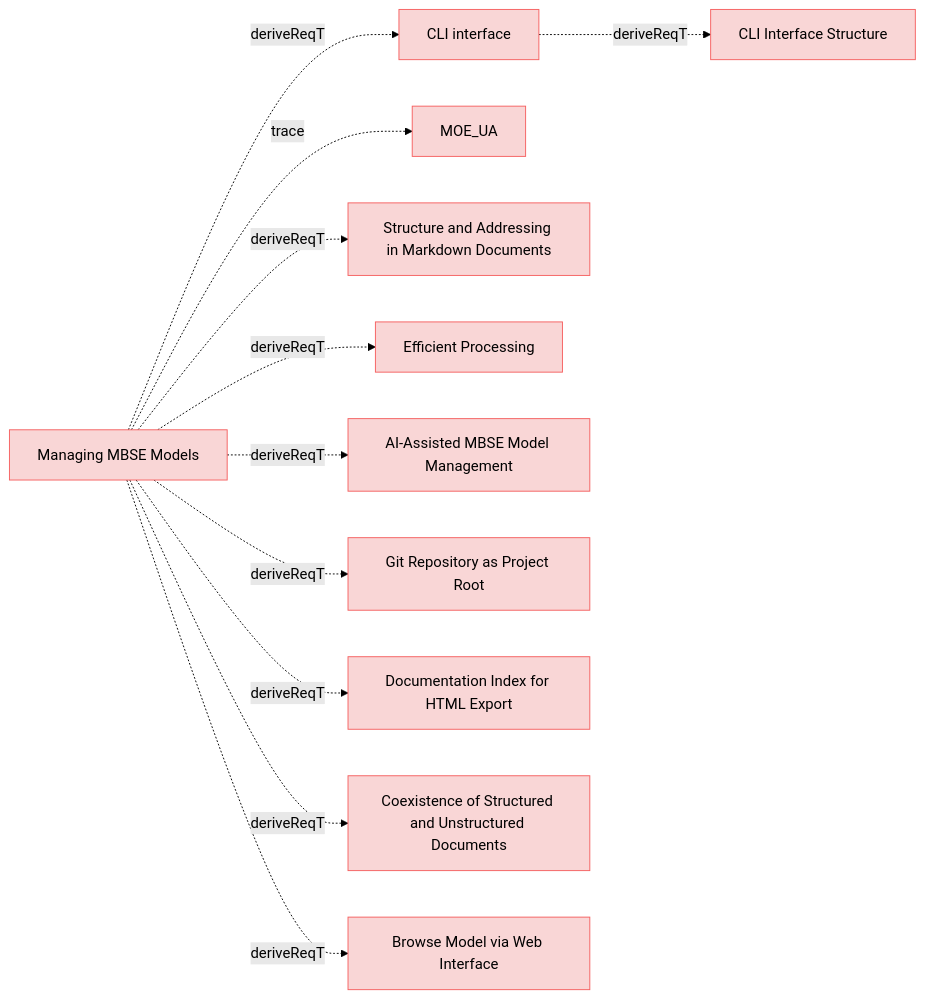
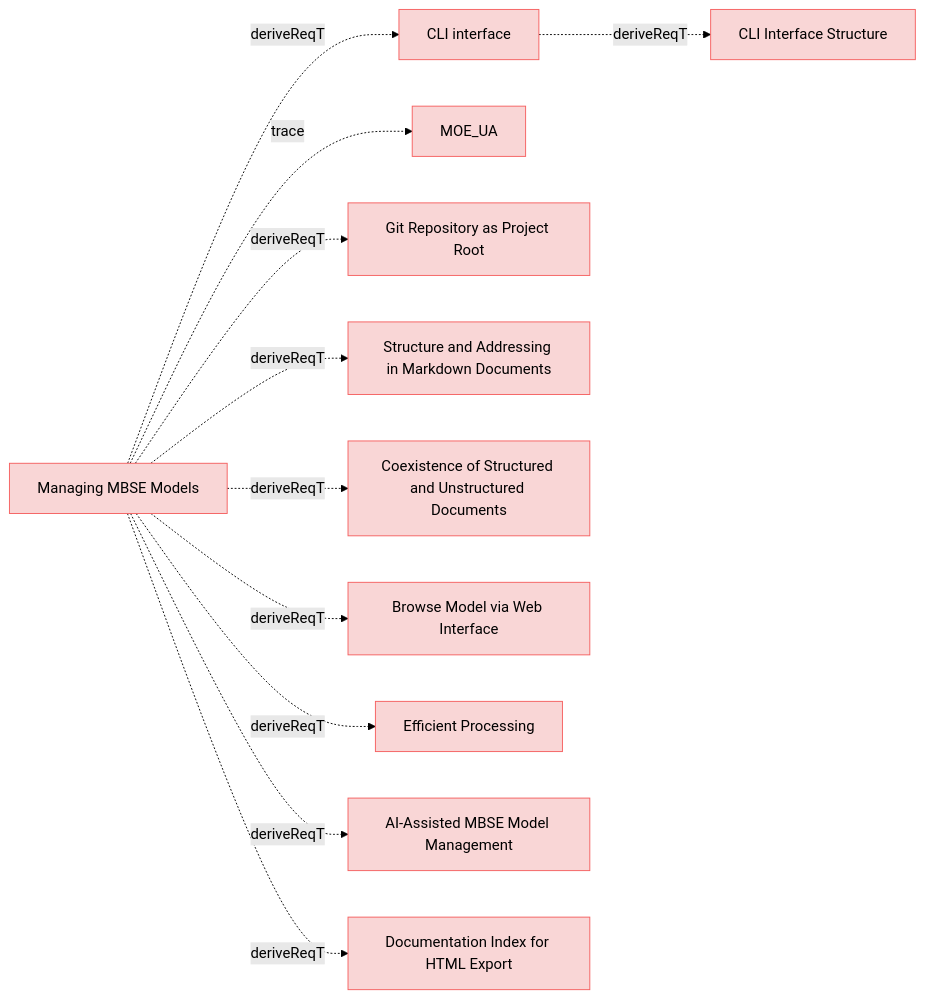
The ninth of 9 diagrams in specifications/UserRequirements.md (reqvire-org/reqvire), drawn with Mermaid (forest theme) before and after one commit. The commit also changed other lines of this file and 23 other files, not shown here.

````diff
--- a/specifications/UserRequirements.md
+++ b/specifications/UserRequirements.md
@@ -1102,53 +1083,53 @@
 ```mermaid
 graph LR;
   %% REQVIRE-AUTOGENERATED-DIAGRAM
   %% Graph styling
   classDef requirement fill:#f9d6d6,stroke:#f55f5f,stroke-width:1px;
   classDef verification fill:#d6f9d6,stroke:#5fd75f,stroke-width:1px;
   classDef externalLink fill:#d0e0ff,stroke:#3080ff,stroke-width:1px;
   classDef default fill:#f5f5f5,stroke:#333333,stroke-width:1px;
 
   f28849d46c19af44["CLI interface"];
   class f28849d46c19af44 requirement;
   click f28849d46c19af44 "UserRequirements.md#cli-interface";
   8f22faacdb454b23["CLI Interface Structure"];
   class 8f22faacdb454b23 requirement;
   click 8f22faacdb454b23 "SystemRequirements/Requirements.md#cli-interface-structure";
   f28849d46c19af44 -.->|deriveReqT| 8f22faacdb454b23;
   e61b7c1baa89bfc6["Managing MBSE Models"];
   class e61b7c1baa89bfc6 requirement;
   click e61b7c1baa89bfc6 "UserStories.md#managing-mbse-models";
   2c5f30f14e792200["MOE_UA"];
   class 2c5f30f14e792200 requirement;
   click 2c5f30f14e792200 "MOEs.md#moe_ua";
   e61b7c1baa89bfc6 -.->|trace| 2c5f30f14e792200;
+  649d72765b13e14f["Git Repository as Project Root"];
+  class 649d72765b13e14f requirement;
+  click 649d72765b13e14f "ManagingMbseModelsRequirements.md#git-repository-as-project-root";
+  e61b7c1baa89bfc6 -.->|deriveReqT| 649d72765b13e14f;
   ade67c27bc5d3bbd["Structure and Addressing in Markdown Documents"];
   class ade67c27bc5d3bbd requirement;
   click ade67c27bc5d3bbd "SpecificationsRequirements.md#structure-and-addressing-in-markdown-documents";
   e61b7c1baa89bfc6 -.->|deriveReqT| ade67c27bc5d3bbd;
+  f0d721424636370e["Coexistence of Structured and Unstructured Documents"];
+  class f0d721424636370e requirement;
+  click f0d721424636370e "ManagingMbseModelsRequirements.md#coexistence-of-structured-and-unstructured-documents";
+  e61b7c1baa89bfc6 -.->|deriveReqT| f0d721424636370e;
+  e61b7c1baa89bfc6 -.->|deriveReqT| f28849d46c19af44;
+  a44b59684c593d1e["Browse Model via Web Interface"];
+  class a44b59684c593d1e requirement;
+  click a44b59684c593d1e "UserRequirements.md#browse-model-via-web-interface";
+  e61b7c1baa89bfc6 -.->|deriveReqT| a44b59684c593d1e;
   d193d11c43776bec["Efficient Processing"];
   class d193d11c43776bec requirement;
   click d193d11c43776bec "ManagingMbseModelsRequirements.md#efficient-processing";
   e61b7c1baa89bfc6 -.->|deriveReqT| d193d11c43776bec;
   cd2d5dab49985ca2["AI-Assisted MBSE Model Management"];
   class cd2d5dab49985ca2 requirement;
   click cd2d5dab49985ca2 "UserStories.md#ai-assisted-mbse-model-management";
   e61b7c1baa89bfc6 -.->|deriveReqT| cd2d5dab49985ca2;
-  649d72765b13e14f["Git Repository as Project Root"];
-  class 649d72765b13e14f requirement;
-  click 649d72765b13e14f "ManagingMbseModelsRequirements.md#git-repository-as-project-root";
-  e61b7c1baa89bfc6 -.->|deriveReqT| 649d72765b13e14f;
   2f4125edaacb1231["Documentation Index for HTML Export"];
   class 2f4125edaacb1231 requirement;
   click 2f4125edaacb1231 "UserRequirements.md#documentation-index-for-html-export";
   e61b7c1baa89bfc6 -.->|deriveReqT| 2f4125edaacb1231;
-  f0d721424636370e["Coexistence of Structured and Unstructured Documents"];
-  class f0d721424636370e requirement;
-  click f0d721424636370e "ManagingMbseModelsRequirements.md#coexistence-of-structured-and-unstructured-documents";
-  e61b7c1baa89bfc6 -.->|deriveReqT| f0d721424636370e;
-  a44b59684c593d1e["Browse Model via Web Interface"];
-  class a44b59684c593d1e requirement;
-  click a44b59684c593d1e "UserRequirements.md#browse-model-via-web-interface";
-  e61b7c1baa89bfc6 -.->|deriveReqT| a44b59684c593d1e;
-  e61b7c1baa89bfc6 -.->|deriveReqT| f28849d46c19af44;
 ```
````
